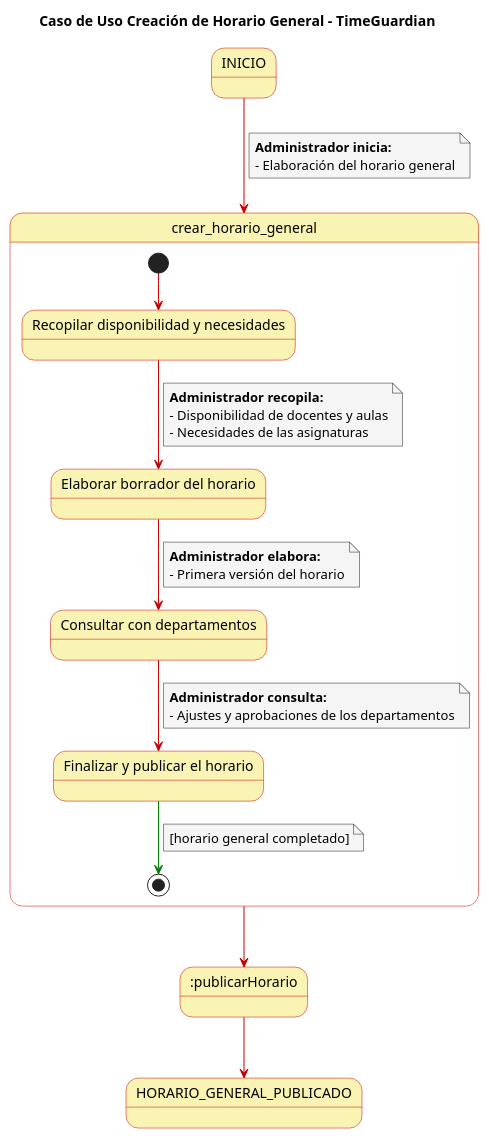
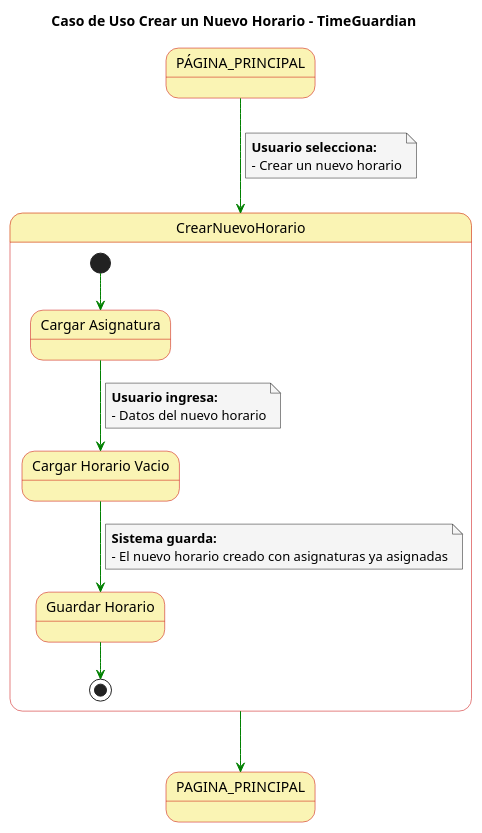
One commit to FernandoWilliam26/23-24-IdSw1-SDR changed the diagram in Casos de Uso/Detalles de creación de horario.puml. Above: the diagram before and after it, drawn with PlantUML. The commit also changed 1 other file, not shown here.

Commit message:
Cambiando detalles caso uso creacion horario

```diff
--- a/Casos de Uso/Detalles de creación de horario.puml
+++ b/Casos de Uso/Detalles de creación de horario.puml
@@ -1,55 +1,41 @@
 @startuml
-
 skinparam state {
   BackgroundColor #faf4b4
   BorderColor #c90000
 }
 
 skinparam note {
   BackgroundColor #f5f5f5
 }
 
 skinparam linetype polyline
 
-title Caso de Uso Creación de Horario General - TimeGuardian
+title Caso de Uso Crear un Nuevo Horario - TimeGuardian
 
-INICIO -[#c90000]-> crear_horario_general
+PÁGINA_PRINCIPAL -[#green]-> CrearNuevoHorario
 note on link
-  **Administrador inicia:**
-  - Elaboración del horario general
+  **Usuario selecciona:**
+  - Crear un nuevo horario
 end note
 
-state crear_horario_general {
-  state "Recopilar disponibilidad y necesidades" as A
-  state "Elaborar borrador del horario" as B
-  state "Consultar con departamentos" as C
-  state "Finalizar y publicar el horario" as D
-
-  [*] -[#c90000]-> A
-  A -[#c90000]-> B
+state CrearNuevoHorario {
+  state "Cargar Asignatura" as Cargar
+  state "Cargar Horario Vacio" as Ingresar
+  state "Guardar Horario" as Guardar
+  
+  [*] -[#green]-> Cargar
+  Cargar -[#green]-> Ingresar
   note on link
-      **Administrador recopila:**
-      - Disponibilidad de docentes y aulas
-      - Necesidades de las asignaturas
+    **Usuario ingresa:**
+    - Datos del nuevo horario
   end note
-  B -[#c90000]-> C
+  Ingresar -[#green]-> Guardar
   note on link
-    **Administrador elabora:**
-    - Primera versión del horario
+    **Sistema guarda:**
+    - El nuevo horario creado con asignaturas ya asignadas
   end note
-  C -[#c90000]-> D
-  note on link
-    **Administrador consulta:**
-    - Ajustes y aprobaciones de los departamentos
-  end note
-  D -[#green]-> [*]
-  note on link
-    [horario general completado]
-  end note
+  Guardar -[#green]-> [*]
 }
 
-crear_horario_general -[#c90000]-> :publicarHorario
-
-:publicarHorario -[#c90000]-> HORARIO_GENERAL_PUBLICADO
-
+CrearNuevoHorario -[#green]-> PAGINA_PRINCIPAL
 @enduml
```
